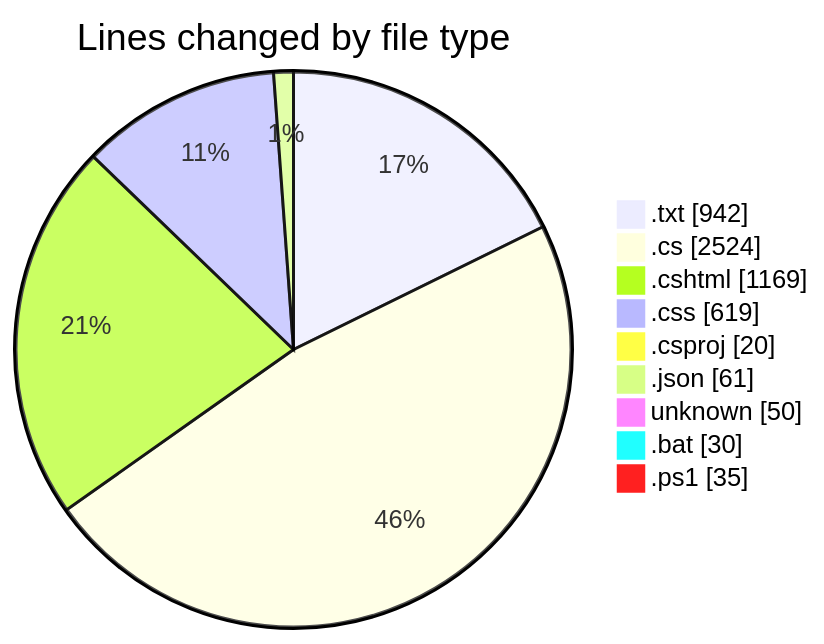
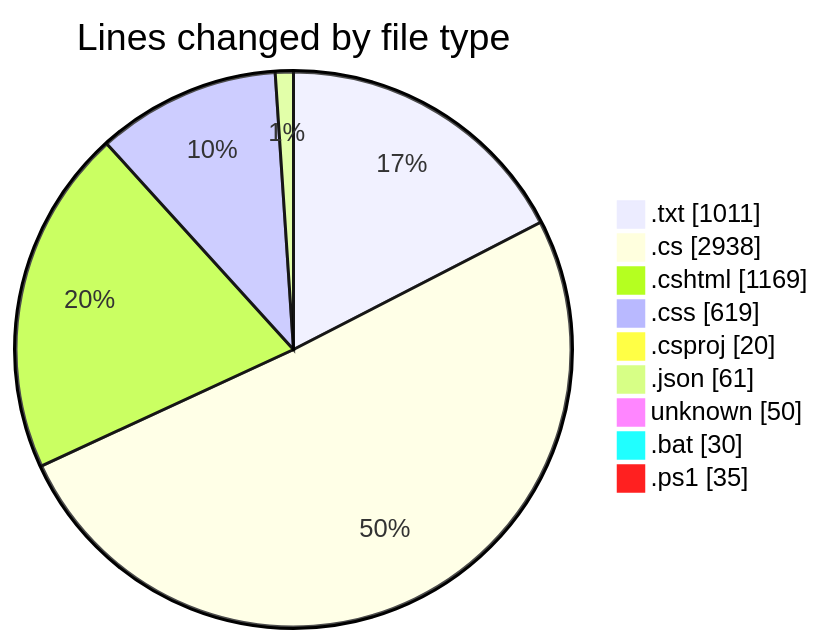
One commit to lephambinh05/code-tracking changed the first of 2 diagrams in 2025-07-26/quanlyrapchieuphim-1/README.md. Above: the diagram before and after it, drawn with Mermaid. The commit also changed other lines of this file and 1 other file, not shown here.

````diff
--- a/2025-07-26/quanlyrapchieuphim-1/README.md
+++ b/2025-07-26/quanlyrapchieuphim-1/README.md
@@ -37,13 +37,13 @@
 ```mermaid
 pie showData
 title Lines changed by file type
-".txt" : 942
-".cs" : 2524
+".txt" : 1011
+".cs" : 2938
 ".cshtml" : 1169
 ".css" : 619
 ".csproj" : 20
 ".json" : 61
 "unknown" : 50
 ".bat" : 30
 ".ps1" : 35
 ```
````
